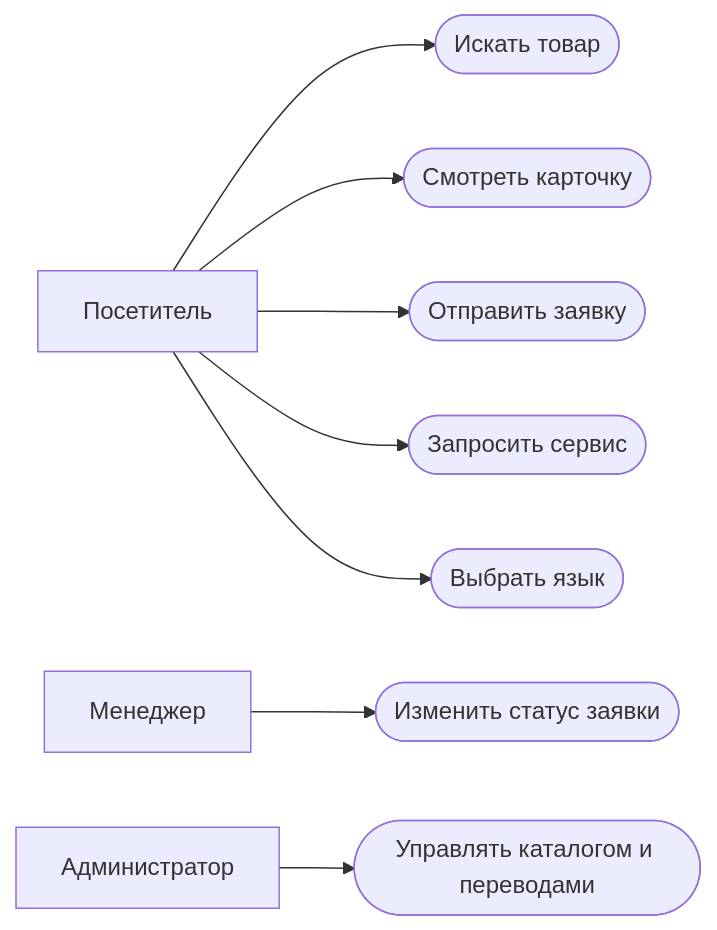
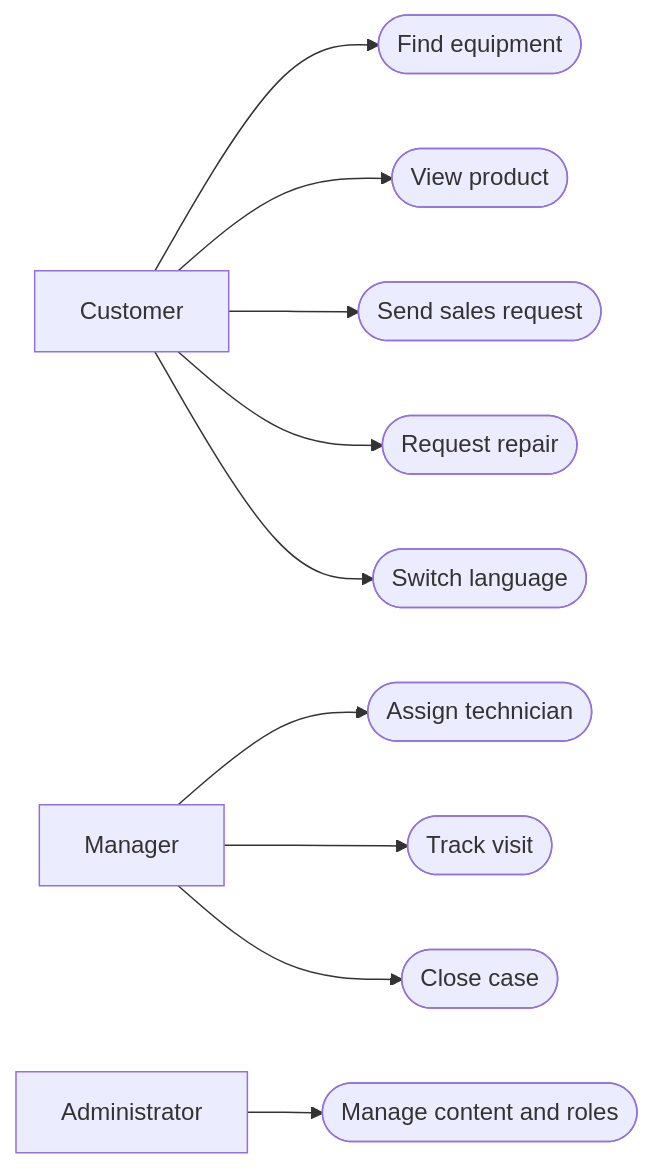
One commit to Gapo-7/DIPLOMA changed the diagram in docs/diagrams/use-cases.mmd. Above: the diagram before and after it, drawn with Mermaid. The commit also changed 9 other files, not shown here.

```diff
--- a/docs/diagrams/use-cases.mmd
+++ b/docs/diagrams/use-cases.mmd
@@ -1,8 +1,10 @@
 flowchart LR
-  Visitor[Посетитель] --> Search([Искать товар])
-  Visitor --> Product([Смотреть карточку])
-  Visitor --> Inquiry([Отправить заявку])
-  Visitor --> Service([Запросить сервис])
-  Visitor --> Locale([Выбрать язык])
-  Manager[Менеджер] --> Status([Изменить статус заявки])
-  Admin[Администратор] --> Content([Управлять каталогом и переводами])
+  Customer[Customer] --> Search([Find equipment])
+  Customer --> Product([View product])
+  Customer --> Sales([Send sales request])
+  Customer --> Repair([Request repair])
+  Customer --> Locale([Switch language])
+  Manager[Manager] --> Assign([Assign technician])
+  Manager --> Visit([Track visit])
+  Manager --> Close([Close case])
+  Admin[Administrator] --> Content([Manage content and roles])
```
